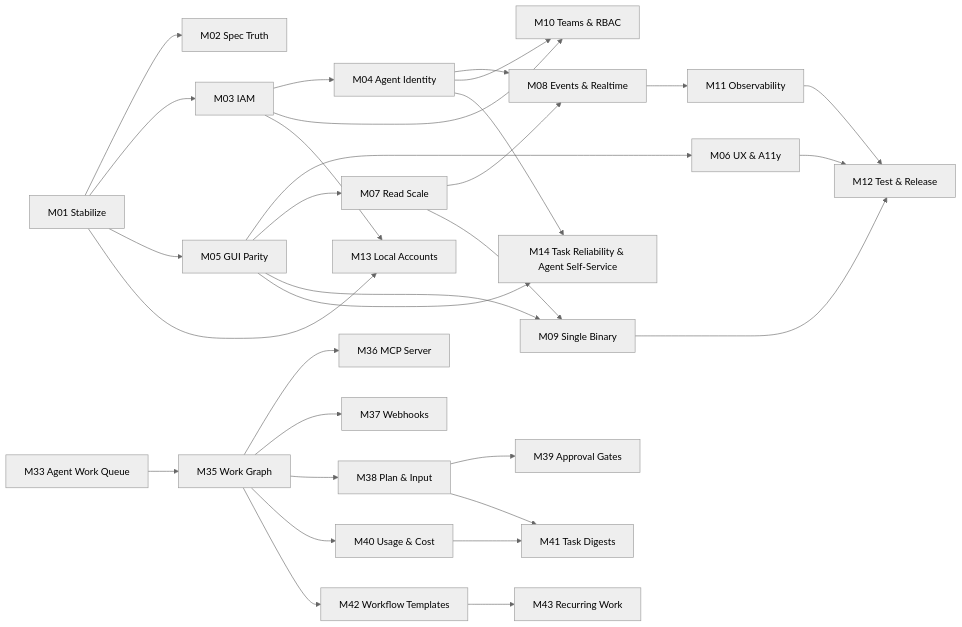
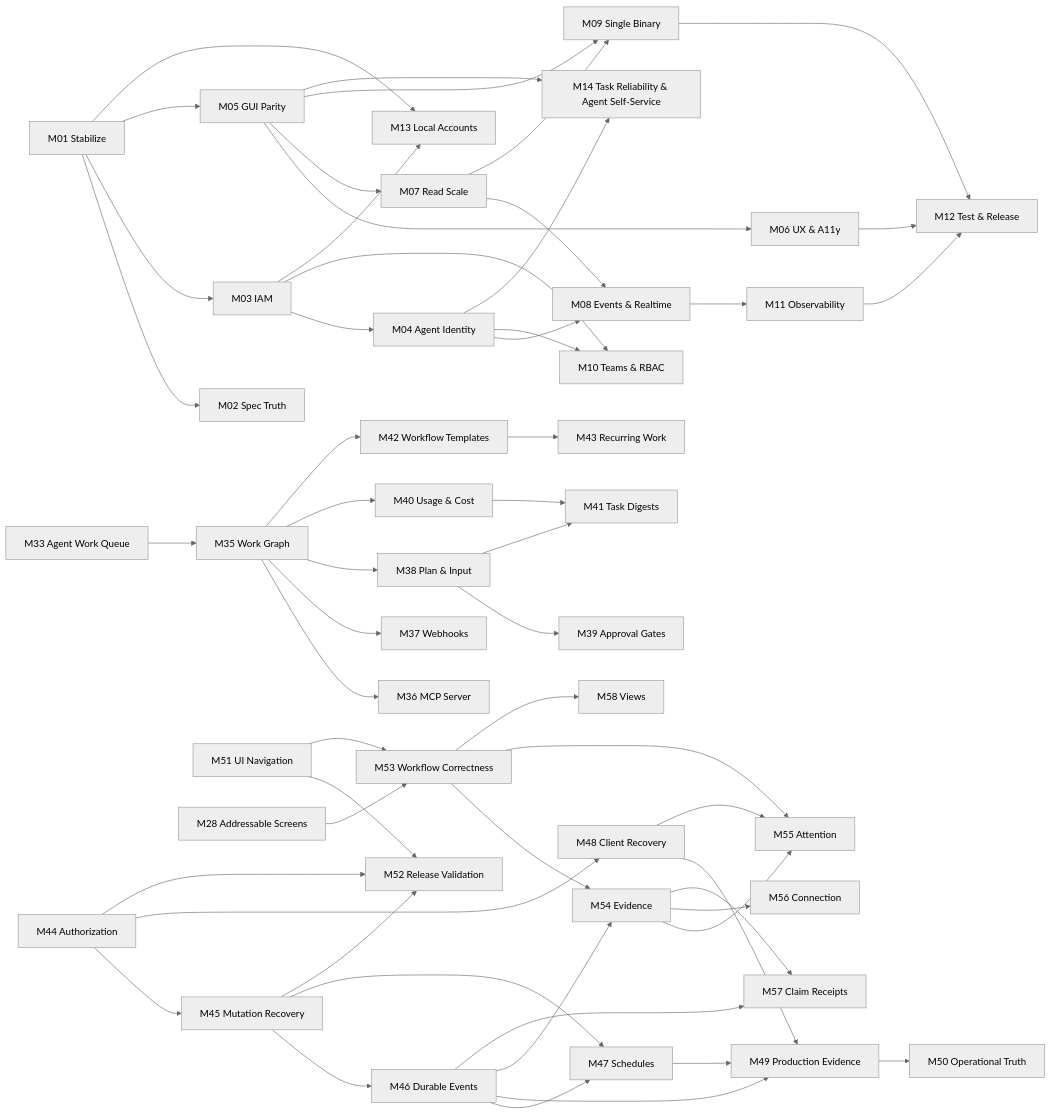
One commit to huyz0/tasker changed the diagram in .milestones/STATE.md. Above: the diagram before and after it, drawn with Mermaid (neutral theme). The commit also changed other lines of this file and 14 other files, not shown here.

````diff
--- a/.milestones/STATE.md
+++ b/.milestones/STATE.md
@@ -1869,33 +1874,56 @@
 ```mermaid
 graph LR
   M01[M01 Stabilize] --> M02[M02 Spec Truth]
   M01 --> M03[M03 IAM]
   M01 --> M05[M05 GUI Parity]
   M03 --> M04[M04 Agent Identity]
   M05 --> M06[M06 UX & A11y]
   M05 --> M07[M07 Read Scale]
   M04 --> M08[M08 Events & Realtime]
   M07 --> M08
   M05 --> M09[M09 Single Binary]
   M07 --> M09
   M03 --> M10[M10 Teams & RBAC]
   M04 --> M10
   M08 --> M11[M11 Observability]
   M06 --> M12[M12 Test & Release]
   M09 --> M12
   M11 --> M12
   M01 --> M13[M13 Local Accounts]
   M03 --> M13
   M04 --> M14[M14 Task Reliability & Agent Self-Service]
   M05 --> M14
   M33[M33 Agent Work Queue] --> M35[M35 Work Graph]
   M35 --> M36[M36 MCP Server]
   M35 --> M37[M37 Webhooks]
   M35 --> M38[M38 Plan & Input]
   M38 --> M39[M39 Approval Gates]
   M35 --> M40[M40 Usage & Cost]
   M38 --> M41[M41 Task Digests]
   M40 --> M41
   M35 --> M42[M42 Workflow Templates]
   M42 --> M43[M43 Recurring Work]
+  M44[M44 Authorization] --> M45[M45 Mutation Recovery]
+  M45 --> M46[M46 Durable Events]
+  M45 --> M47[M47 Schedules]
+  M46 --> M47
+  M44 --> M48[M48 Client Recovery]
+  M46 --> M49[M49 Production Evidence]
+  M47 --> M49
+  M48 --> M49
+  M49 --> M50[M50 Operational Truth]
+  M44 --> M52[M52 Release Validation]
+  M45 --> M52
+  M51[M51 UI Navigation] --> M52
+  M28[M28 Addressable Screens] --> M53[M53 Workflow Correctness]
+  M51 --> M53
+  M46 --> M54[M54 Evidence]
+  M53 --> M54
+  M48 --> M55[M55 Attention]
+  M53 --> M55
+  M54 --> M55
+  M54 --> M56[M56 Connection]
+  M46 --> M57[M57 Claim Receipts]
+  M54 --> M57
+  M53 --> M58[M58 Views]
 ```
````
